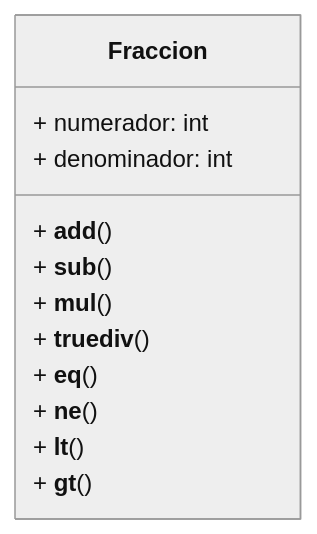
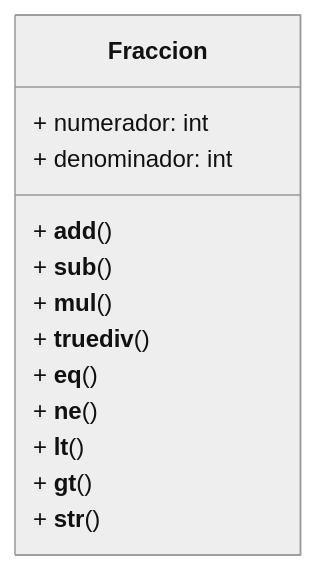
Before and after one commit to StephanieApaza/psg-oop-2025: the diagram in retos_sesion_08/ejercicio_01.md, drawn with Mermaid (neutral theme).

Commit message:
Agregando el método __str__ al diagrama de clases

````diff
--- a/retos_sesion_08/ejercicio_01.md
+++ b/retos_sesion_08/ejercicio_01.md
@@ -37,15 +37,16 @@
 ```mermaid
 classDiagram
     class Fraccion {
         + numerador: int
         + denominador: int
         + __add__()
         + __sub__()
         + __mul__()
         + __truediv__()
         + __eq__()
         + __ne__()
         + __lt__()
         + __gt__()
+        + __str__()
     }
 ```
````
